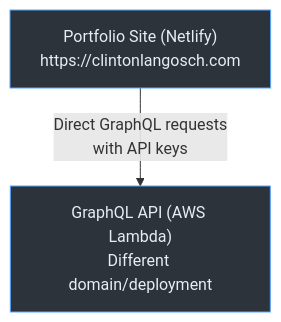
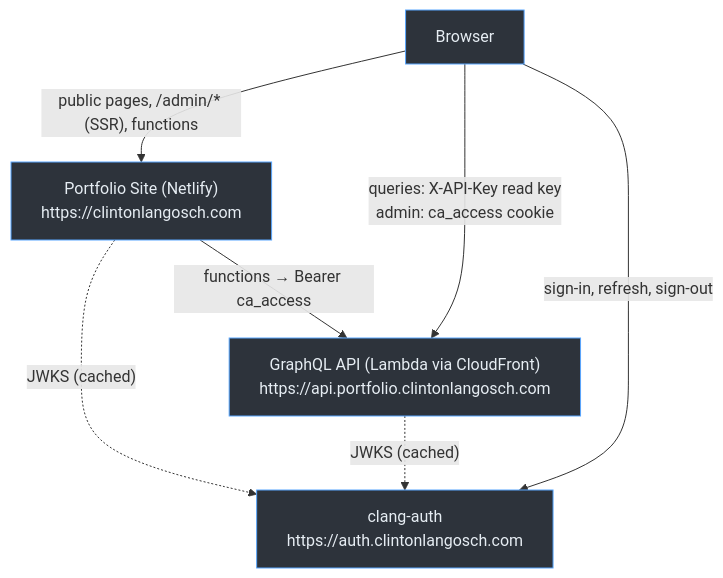
The first of 5 diagrams in docs/auth-flow-diagram.md (roadlittledawn/portfolio-site), drawn with Mermaid before and after one commit. The commit also changed other lines of this file and 6 other files, not shown here.

First line of the commit message:
docs: document clang-auth sign-in, env vars and the migration plan

````diff
--- a/docs/auth-flow-diagram.md
+++ b/docs/auth-flow-diagram.md
@@ -5,10 +7,19 @@
 ```mermaid
 graph TB
-    Portfolio["Portfolio Site (Netlify)<br/>https://clintonlangosch.com"]
-    API["GraphQL API (AWS Lambda)<br/>Different domain/deployment"]
-    
-    Portfolio -->|Direct GraphQL requests<br/>with API keys| API
-    
-    style Portfolio fill:#2d333b,stroke:#58a6ff,color:#e6edf3
+    Browser["Browser"]
+    Site["Portfolio Site (Netlify)<br/>https://clintonlangosch.com"]
+    API["GraphQL API (Lambda via CloudFront)<br/>https://api.portfolio.clintonlangosch.com"]
+    Auth["clang-auth<br/>https://auth.clintonlangosch.com"]
+
+    Browser -->|"public pages, /admin/* (SSR), functions"| Site
+    Browser -->|"queries: X-API-Key read key<br/>admin: ca_access cookie"| API
+    Browser -->|"sign-in, refresh, sign-out"| Auth
+    Site -.->|"JWKS (cached)"| Auth
+    API -.->|"JWKS (cached)"| Auth
+    Site -->|"functions → Bearer ca_access"| API
+
+    style Browser fill:#2d333b,stroke:#58a6ff,color:#e6edf3
+    style Site fill:#2d333b,stroke:#58a6ff,color:#e6edf3
     style API fill:#2d333b,stroke:#58a6ff,color:#e6edf3
+    style Auth fill:#2d333b,stroke:#58a6ff,color:#e6edf3
 ```
````
